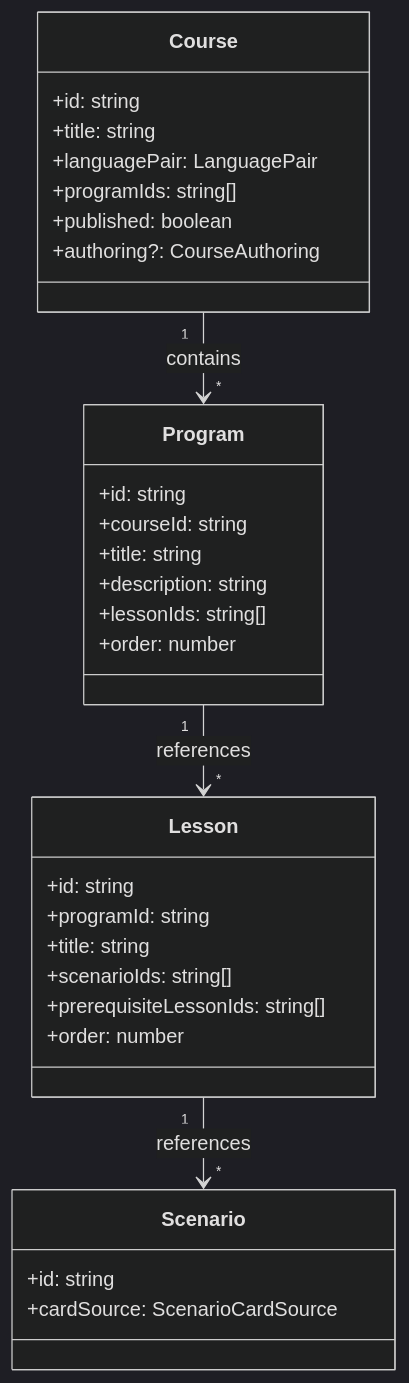
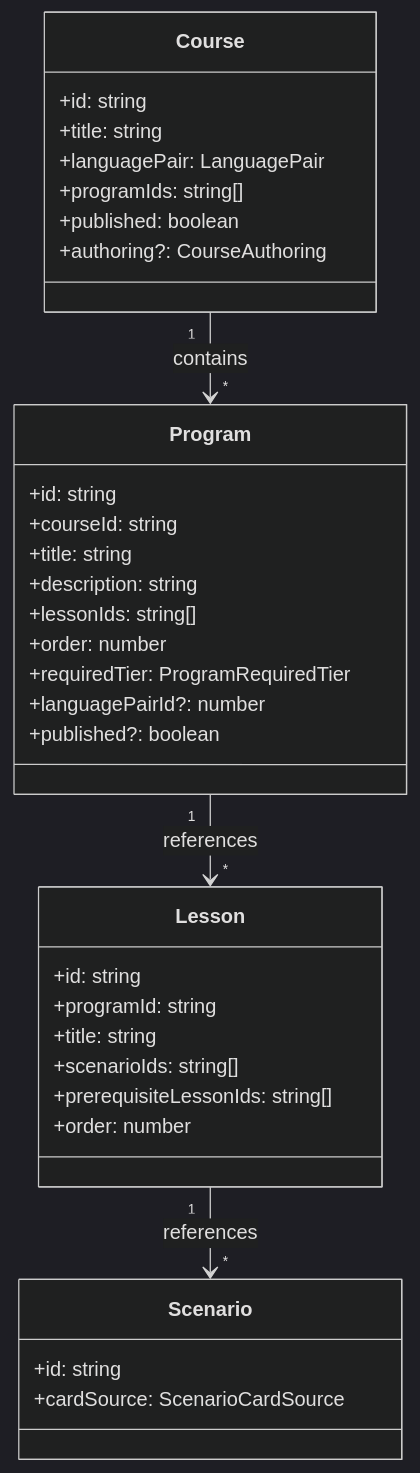
The diagram in docs/ARCHITECTURE/ARCHITECTURE.program.md (void2ptr-sketch/LinguaCode), drawn with Mermaid (dark theme) before and after one commit. The commit also changed other lines of this file and 708 other files, not shown here.

````diff
--- a/docs/ARCHITECTURE/ARCHITECTURE.program.md
+++ b/docs/ARCHITECTURE/ARCHITECTURE.program.md
@@ -16,34 +16,37 @@
 ```mermaid
 classDiagram
   class Course {
     +id: string
     +title: string
     +languagePair: LanguagePair
     +programIds: string[]
     +published: boolean
     +authoring?: CourseAuthoring
   }
   class Program {
     +id: string
     +courseId: string
     +title: string
     +description: string
     +lessonIds: string[]
     +order: number
+    +requiredTier: ProgramRequiredTier
+    +languagePairId?: number
+    +published?: boolean
   }
   class Lesson {
     +id: string
     +programId: string
     +title: string
     +scenarioIds: string[]
     +prerequisiteLessonIds: string[]
     +order: number
   }
   class Scenario {
     +id: string
     +cardSource: ScenarioCardSource
   }
   Course "1" --> "*" Program : contains
   Program "1" --> "*" Lesson : references
   Lesson "1" --> "*" Scenario : references
 ```
````
